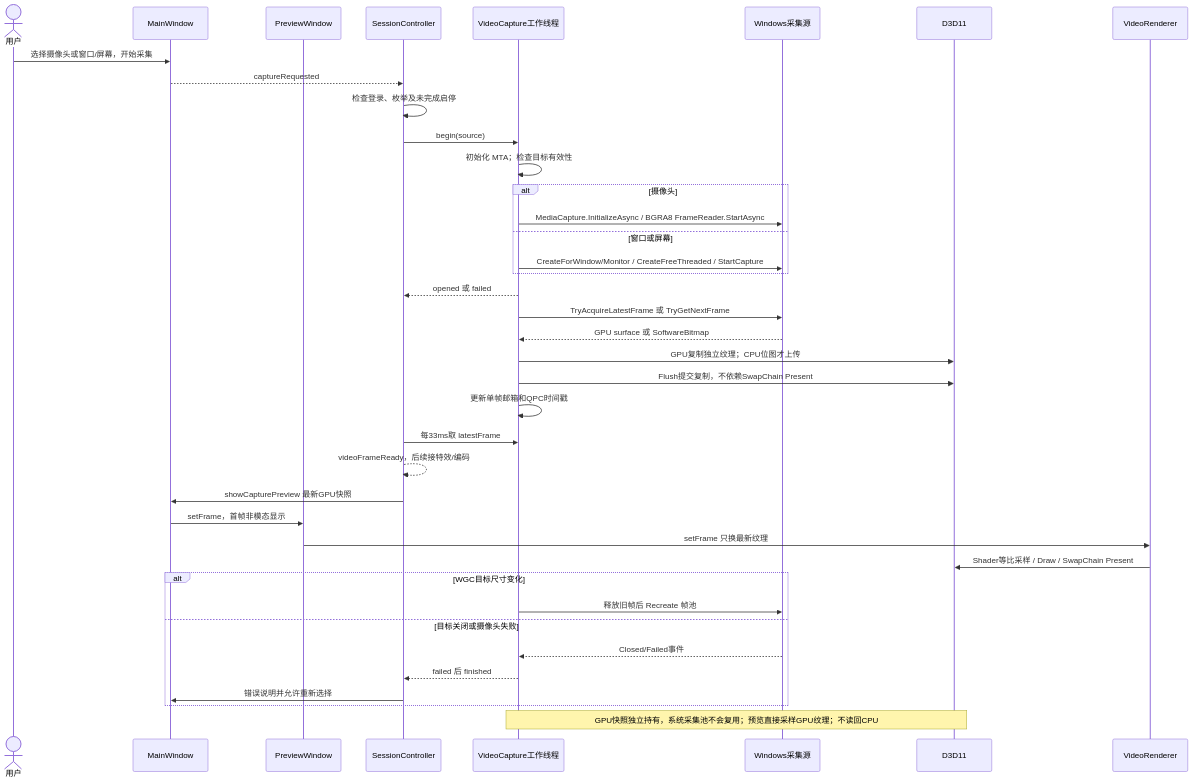
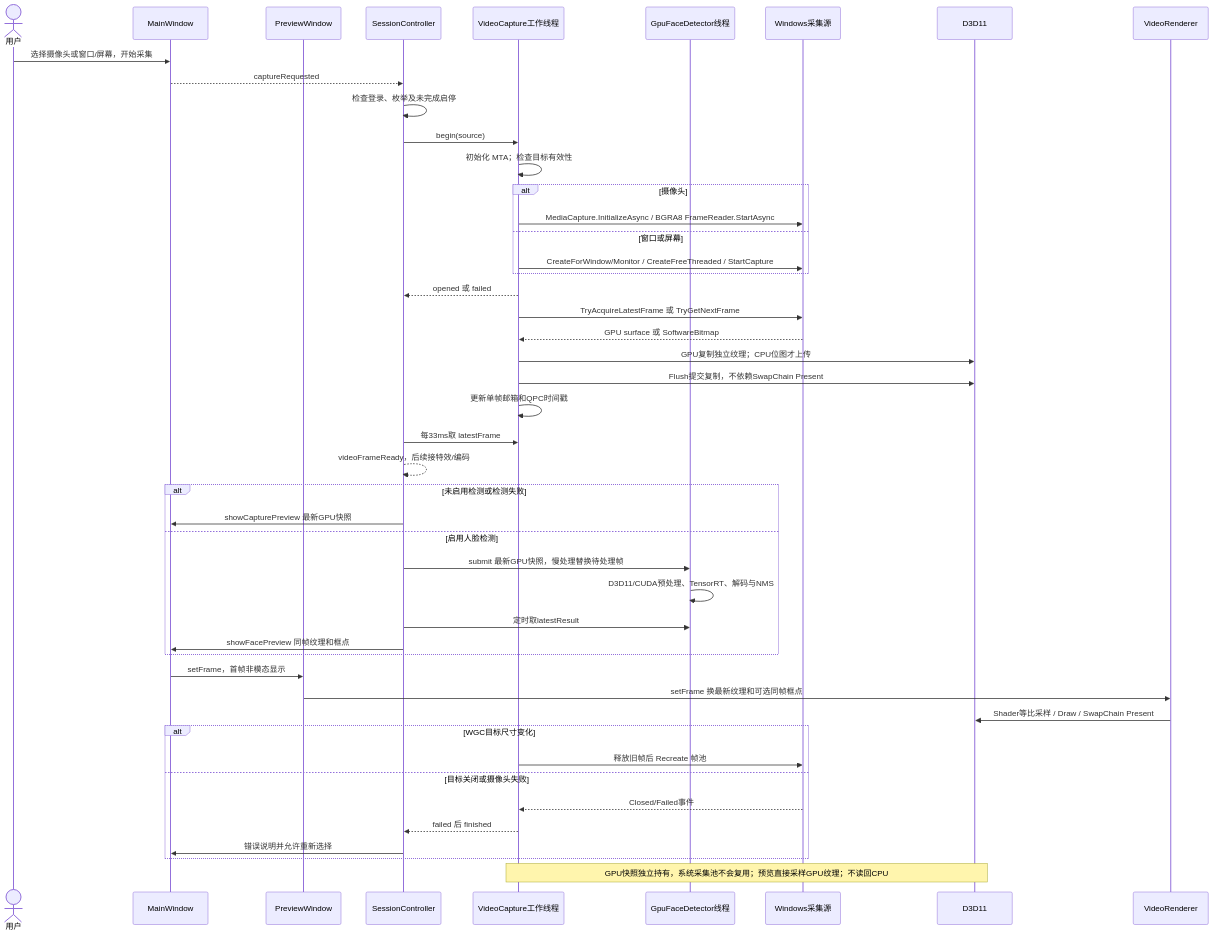
One commit to kingsman-svg/OBS changed the diagram in docs/uml/capture-video.mmd. Above: the diagram before and after it, drawn with Mermaid. The commit also changed 36 other files, not shown here.

Commit message:
将 TensorRT 人脸检测接入 GPU 预览链路

```diff
--- a/docs/uml/capture-video.mmd
+++ b/docs/uml/capture-video.mmd
@@ -1,39 +1,47 @@
 sequenceDiagram
 actor U as 用户
 participant V as MainWindow
 participant P as PreviewWindow
 participant C as SessionController
 participant W as VideoCapture工作线程
+participant F as GpuFaceDetector线程
 participant S as Windows采集源
 participant G as D3D11
 participant R as VideoRenderer
 U->>V: 选择摄像头或窗口/屏幕，开始采集
 V-->>C: captureRequested
 C->>C: 检查登录、枚举及未完成启停
 C->>W: begin(source)
 W->>W: 初始化 MTA；检查目标有效性
 alt 摄像头
 W->>S: MediaCapture.InitializeAsync / BGRA8 FrameReader.StartAsync
 else 窗口或屏幕
 W->>S: CreateForWindow/Monitor / CreateFreeThreaded / StartCapture
 end
 W-->>C: opened 或 failed
 W->>S: TryAcquireLatestFrame 或 TryGetNextFrame
 S-->>W: GPU surface 或 SoftwareBitmap
 W->>G: GPU复制独立纹理；CPU位图才上传
 W->>G: Flush提交复制，不依赖SwapChain Present
 W->>W: 更新单帧邮箱和QPC时间戳
 C->>W: 每33ms取 latestFrame
 C-->>C: videoFrameReady，后续接特效/编码
+alt 未启用检测或检测失败
 C->>V: showCapturePreview 最新GPU快照
+else 启用人脸检测
+C->>F: submit 最新GPU快照，慢处理替换待处理帧
+F->>F: D3D11/CUDA预处理、TensorRT、解码与NMS
+C->>F: 定时取latestResult
+C->>V: showFacePreview 同帧纹理和框点
+end
 V->>P: setFrame，首帧非模态显示
-P->>R: setFrame 只换最新纹理
+P->>R: setFrame 换最新纹理和可选同帧框点
 R->>G: Shader等比采样 / Draw / SwapChain Present
 alt WGC目标尺寸变化
 W->>S: 释放旧帧后 Recreate 帧池
 else 目标关闭或摄像头失败
 S-->>W: Closed/Failed事件
 W-->>C: failed 后 finished
 C->>V: 错误说明并允许重新选择
 end
 Note over W,G: GPU快照独立持有，系统采集池不会复用；预览直接采样GPU纹理；不读回CPU
```
